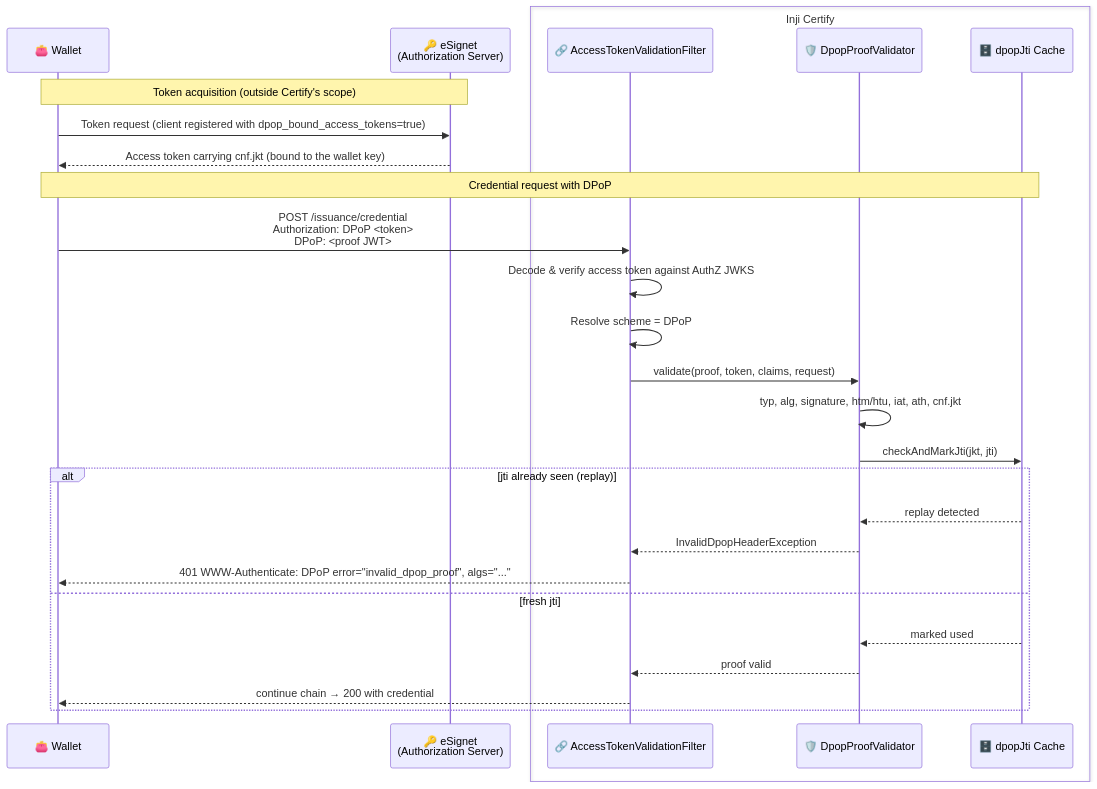
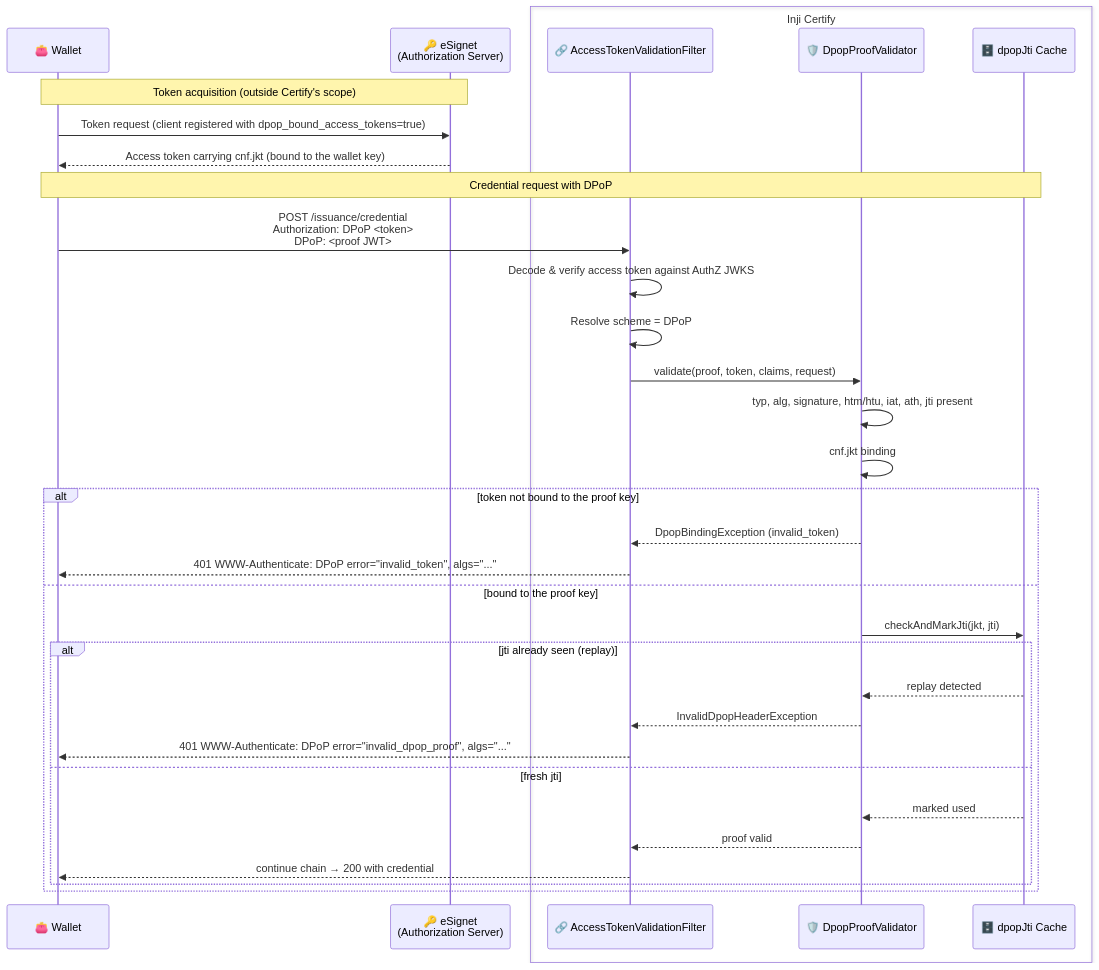
One commit to Infosys/inji-certify changed the diagram in docs/technical_docs/DPoP_Support.md. Above: the diagram before and after it, drawn with Mermaid. The commit also changed other lines of this file and 11 other files, not shown here.

First line of the commit message:
INJICERT #1127 - Return invalid_token for a DPoP proof presented with an unbound or mismatched access token (#1138)

````diff
--- a/docs/technical_docs/DPoP_Support.md
+++ b/docs/technical_docs/DPoP_Support.md
@@ -95,32 +99,38 @@
 ```mermaid
 sequenceDiagram
     participant W as 👛 Wallet
     participant AS as 🔑 eSignet<br/>(Authorization Server)
     box Inji Certify #E6F3FF
     participant Filter as 🔗 AccessTokenValidationFilter
     participant Validator as 🛡️ DpopProofValidator
     participant Cache as 🗄️ dpopJti Cache
     end
 
     Note over W,AS: Token acquisition (outside Certify's scope)
     W->>AS: Token request (client registered with dpop_bound_access_tokens=true)
     AS-->>W: Access token carrying cnf.jkt (bound to the wallet key)
 
     Note over W,Cache: Credential request with DPoP
     W->>Filter: POST /issuance/credential<br/>Authorization: DPoP <token><br/>DPoP: <proof JWT>
     Filter->>Filter: Decode & verify access token against AuthZ JWKS
     Filter->>Filter: Resolve scheme = DPoP
     Filter->>Validator: validate(proof, token, claims, request)
-    Validator->>Validator: typ, alg, signature, htm/htu, iat, ath, cnf.jkt
-    Validator->>Cache: checkAndMarkJti(jkt, jti)
+    Validator->>Validator: typ, alg, signature, htm/htu, iat, ath, jti present
+    Validator->>Validator: cnf.jkt binding
 
-    alt jti already seen (replay)
-        Cache-->>Validator: replay detected
-        Validator-->>Filter: InvalidDpopHeaderException
-        Filter-->>W: 401 WWW-Authenticate: DPoP error="invalid_dpop_proof", algs="..."
-    else fresh jti
-        Cache-->>Validator: marked used
-        Validator-->>Filter: proof valid
-        Filter-->>W: continue chain → 200 with credential
+    alt token not bound to the proof key
+        Validator-->>Filter: DpopBindingException (invalid_token)
+        Filter-->>W: 401 WWW-Authenticate: DPoP error="invalid_token", algs="..."
+    else bound to the proof key
+        Validator->>Cache: checkAndMarkJti(jkt, jti)
+        alt jti already seen (replay)
+            Cache-->>Validator: replay detected
+            Validator-->>Filter: InvalidDpopHeaderException
+            Filter-->>W: 401 WWW-Authenticate: DPoP error="invalid_dpop_proof", algs="..."
+        else fresh jti
+            Cache-->>Validator: marked used
+            Validator-->>Filter: proof valid
+            Filter-->>W: continue chain → 200 with credential
+        end
     end
 ```
````
